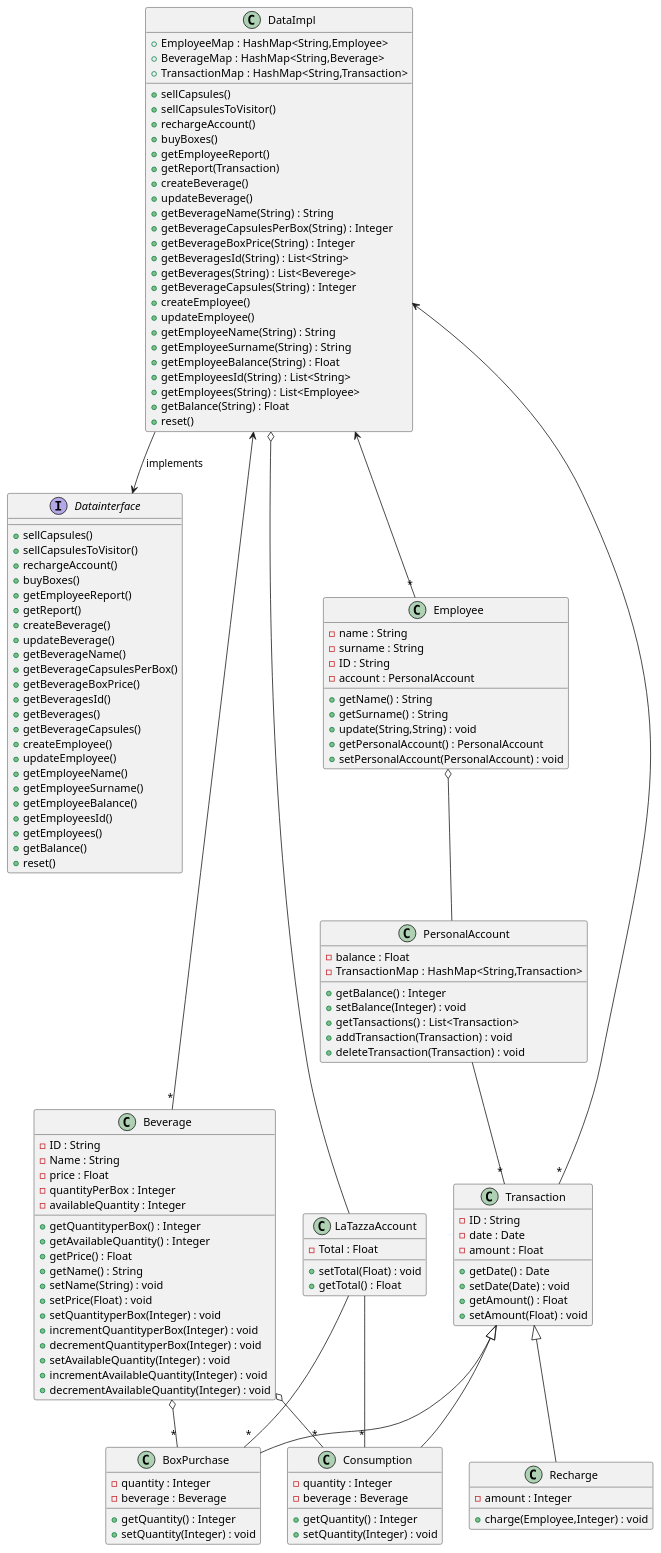
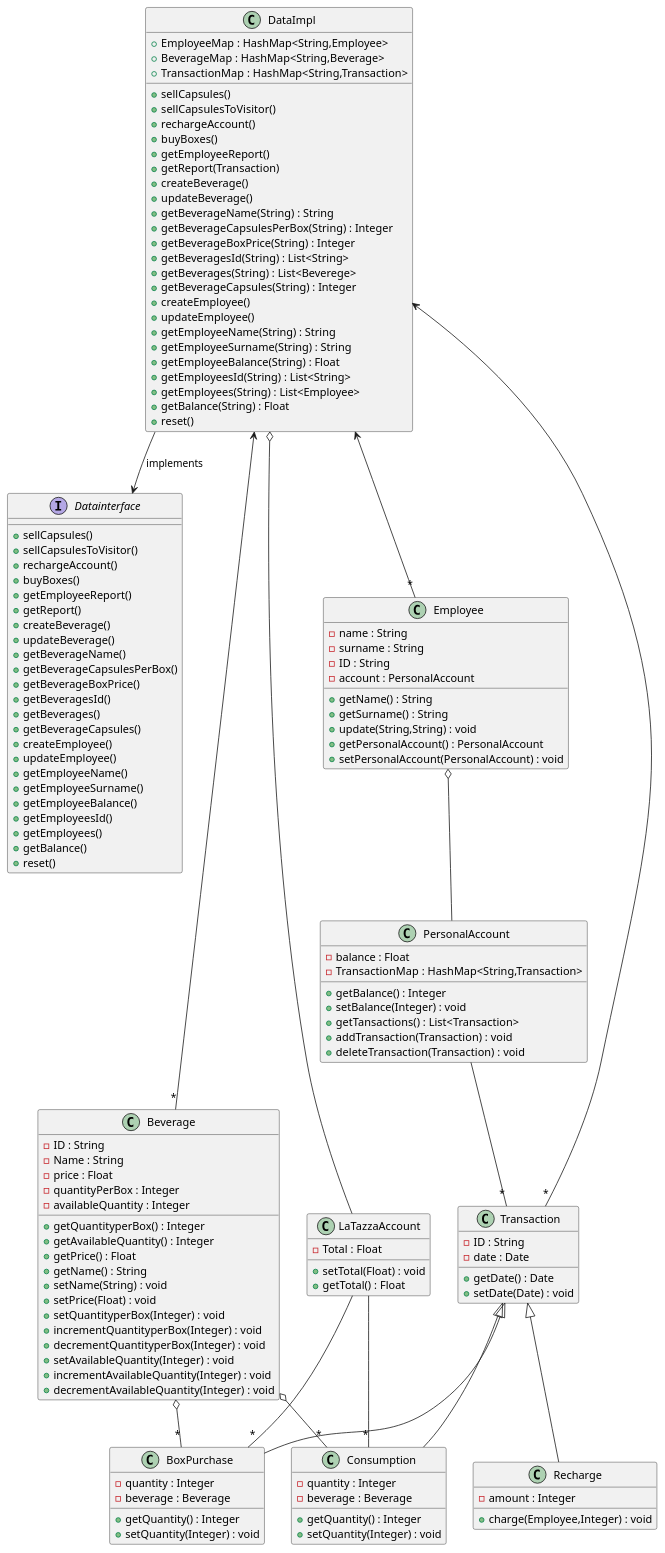
One commit to salvatore-dimartino/LaTazza changed the third of 7 diagrams in templates/DesignDocumentTemplate.md. Above: the diagram before and after it, drawn with PlantUML.

```diff
--- a/templates/DesignDocumentTemplate.md
+++ b/templates/DesignDocumentTemplate.md
@@ -197,12 +197,9 @@
 class Transaction {
     -ID : String
     -date : Date
-    -amount : Float
 
     +getDate() : Date
     +setDate(Date) : void
-    +getAmount() : Float
-    +setAmount(Float) : void
 }
 
 DataImpl <-- "*" Employee
```
